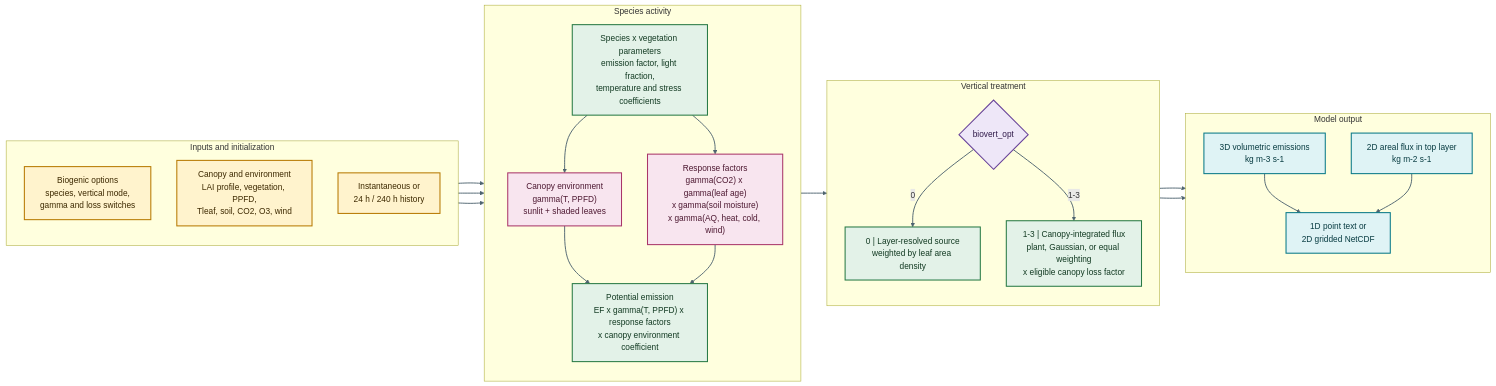
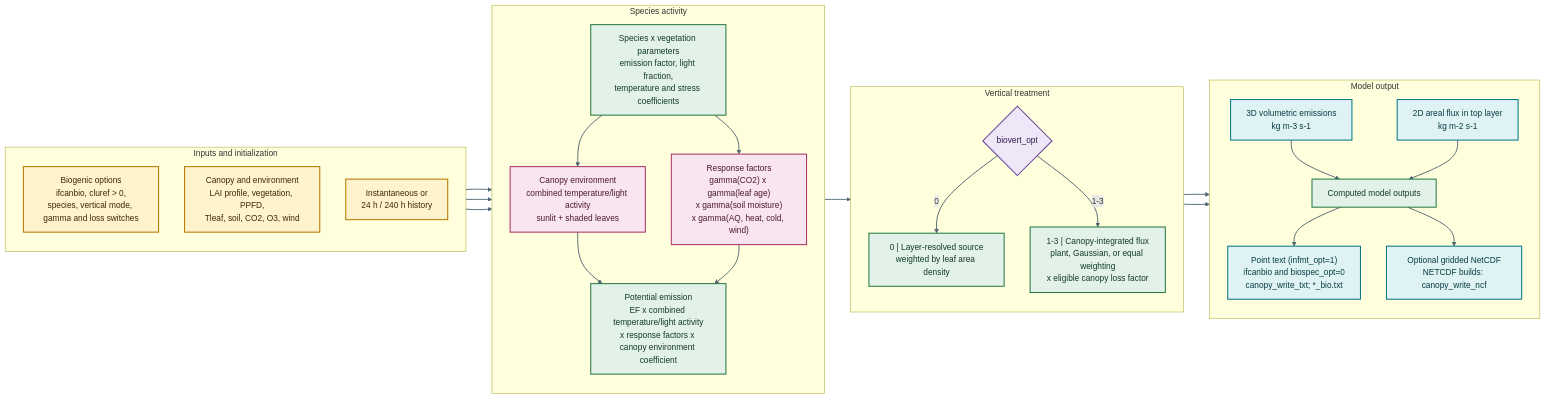
One commit to noaa-oar-arl/canopy-app changed the first of 2 diagrams in docs/science/parameterizations.md. Above: the diagram before and after it, drawn with Mermaid.

Commit message:
Synchronized the embedded Figure 1

````diff
--- a/docs/science/parameterizations.md
+++ b/docs/science/parameterizations.md
@@ -95,50 +95,56 @@
 ```mermaid
 flowchart LR
 	classDef input fill:#FFF3CD,stroke:#B77900,color:#3D2900,stroke-width:2px
 	classDef model fill:#E3F2E8,stroke:#287A45,color:#123A22,stroke-width:2px
 	classDef factor fill:#F8E5EF,stroke:#A93669,color:#4D1831,stroke-width:2px
 	classDef decision fill:#EEE7F8,stroke:#68429A,color:#2F1948,stroke-width:2px
 	classDef output fill:#DFF3F5,stroke:#087987,color:#073B41,stroke-width:2px
 
 	subgraph A["Inputs and initialization"]
 		direction TB
-		CFG["Biogenic options<br/>species, vertical mode,<br/>gamma and loss switches"]:::input
+		CFG["Biogenic options<br/>ifcanbio, cluref > 0,<br/>species, vertical mode, gamma and loss switches"]:::input
 		STATE["Canopy and environment<br/>LAI profile, vegetation, PPFD,<br/>Tleaf, soil, CO2, O3, wind"]:::input
 		HIST["Instantaneous or<br/>24 h / 240 h history"]:::input
 	end
 
 	subgraph B["Species activity"]
 		direction TB
 		PARM["Species x vegetation parameters<br/>emission factor, light fraction,<br/>temperature and stress coefficients"]:::model
-		ENV["Canopy environment<br/>gamma(T, PPFD)<br/>sunlit + shaded leaves"]:::factor
+		ENV["Canopy environment<br/>combined temperature/light activity<br/>sunlit + shaded leaves"]:::factor
 		MOD["Response factors<br/>gamma(CO2) x gamma(leaf age)<br/>x gamma(soil moisture)<br/>x gamma(AQ, heat, cold, wind)"]:::factor
-		EMIS["Potential emission<br/>EF x gamma(T, PPFD) x response factors<br/>x canopy environment coefficient"]:::model
+		EMIS["Potential emission<br/>EF x combined temperature/light activity<br/>x response factors x canopy environment coefficient"]:::model
 	end
 
 	subgraph C["Vertical treatment"]
 		direction TB
 		VERT{"biovert_opt"}:::decision
 		PROFILE["0 | Layer-resolved source<br/>weighted by leaf area density"]:::model
 		INTEGRATE["1-3 | Canopy-integrated flux<br/>plant, Gaussian, or equal weighting<br/>x eligible canopy loss factor"]:::model
 	end
 
 	subgraph D["Model output"]
 		direction TB
 		VOL["3D volumetric emissions<br/>kg m-3 s-1"]:::output
 		AREA["2D areal flux in top layer<br/>kg m-2 s-1"]:::output
-		WRITE["1D point text or<br/>2D gridded NetCDF"]:::output
+		OUT["Computed model outputs"]:::model
+		WRITE["Point text (infmt_opt=1)<br/>ifcanbio and biospec_opt=0<br/>canopy_write_txt; *_bio.txt"]:::output
+		NCF["Optional gridded NetCDF<br/>NETCDF builds: canopy_write_ncf"]:::output
 	end
 
 	CFG --> PARM
 	STATE --> ENV
 	HIST --> ENV
 	PARM --> ENV
 	PARM --> MOD
 	ENV --> EMIS
 	MOD --> EMIS
 	EMIS --> VERT
-	VERT -->|0| PROFILE --> VOL --> WRITE
-	VERT -->|1-3| INTEGRATE --> AREA --> WRITE
+	VERT -->|0| PROFILE --> VOL
+	VERT -->|1-3| INTEGRATE --> AREA
+	VOL --> OUT
+	AREA --> OUT
+	OUT --> WRITE
+	OUT --> NCF
 
 	linkStyle default stroke:#4F6470,stroke-width:1.8px
 ```
````
